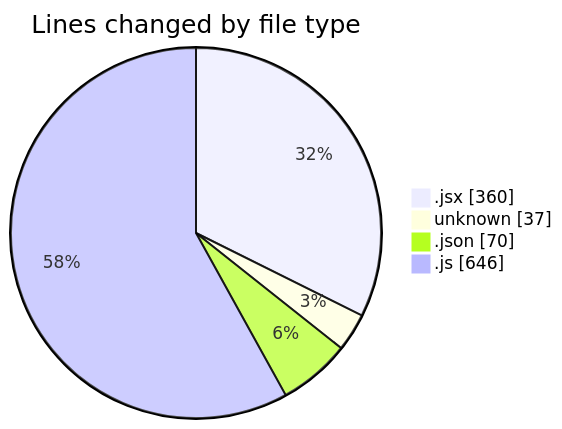
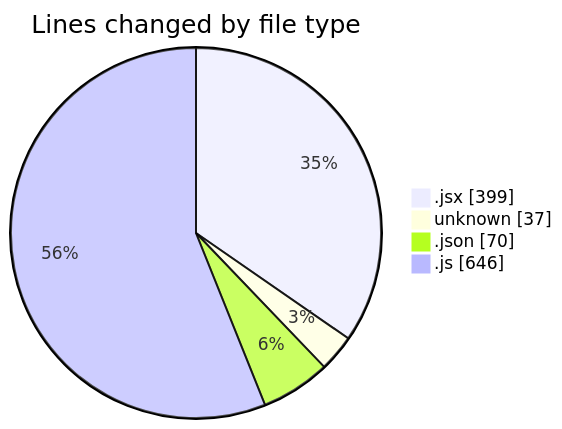
The first of 2 diagrams in 2025-02-08/react_ecom/README.md (Elitesun/code-tracking), drawn with Mermaid before and after one commit. The commit also changed other lines of this file and 1 other file, not shown here.

````diff
--- a/2025-02-08/react_ecom/README.md
+++ b/2025-02-08/react_ecom/README.md
@@ -24,8 +26,8 @@
 ```mermaid
 pie showData
 title Lines changed by file type
-".jsx" : 360
+".jsx" : 399
 "unknown" : 37
 ".json" : 70
 ".js" : 646
 ```
````
